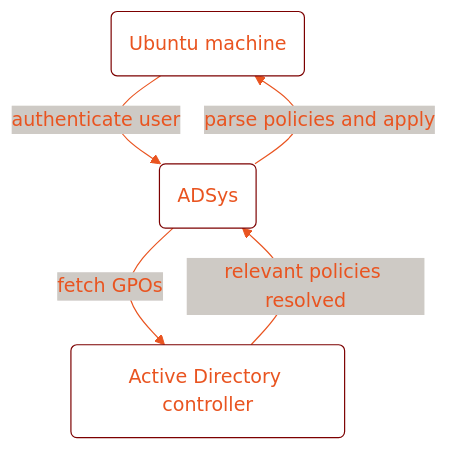
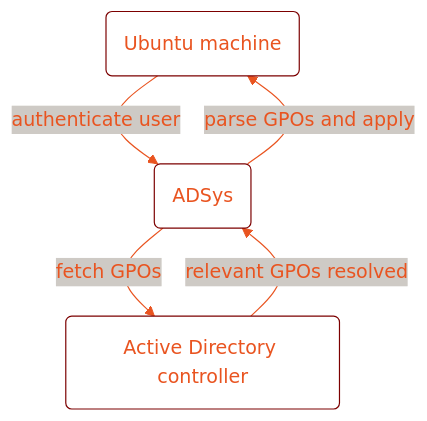
One commit to ubuntu/adsys changed the diagram in docs/diagrams/arch-adsys.mmd. Above: the diagram before and after it, drawn with Mermaid.

Commit message:
use GPOs consistently instead of policies in diagram

```diff
--- a/docs/diagrams/arch-adsys.mmd
+++ b/docs/diagrams/arch-adsys.mmd
@@ -1,17 +1,17 @@
 %%{init: {"theme": "base", "themeVariables": {
       'background': '#DDC9D4',
       'primaryColor': '#FFF',
       'primaryTextColor': '#E95420',
       'primaryBorderColor': '#7C0000',
       'lineColor': '#E95420',
       'secondaryColor': '#CECAC5'
 }}}%%
 flowchart TB
     adcli(Ubuntu machine)
     adsys(ADSys)
     adcon(Active Directory controller)
 
     adcli --"authenticate user"--> adsys
     adsys --"fetch GPOs"--> adcon
-    adcon --"relevant policies resolved"--> adsys
-    adsys --"parse policies and apply"--> adcli
+    adcon --"relevant GPOs resolved"--> adsys
+    adsys --"parse GPOs and apply"--> adcli
```
